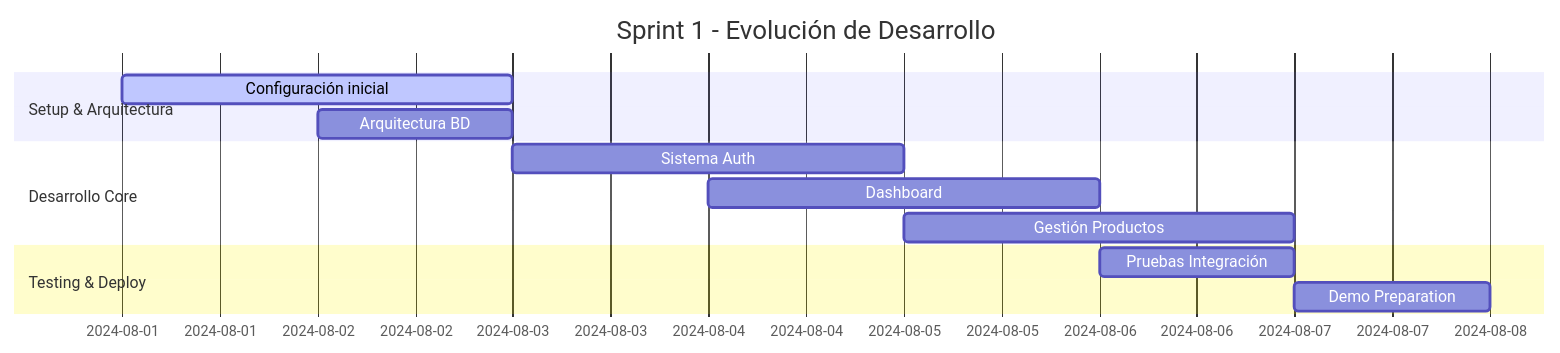
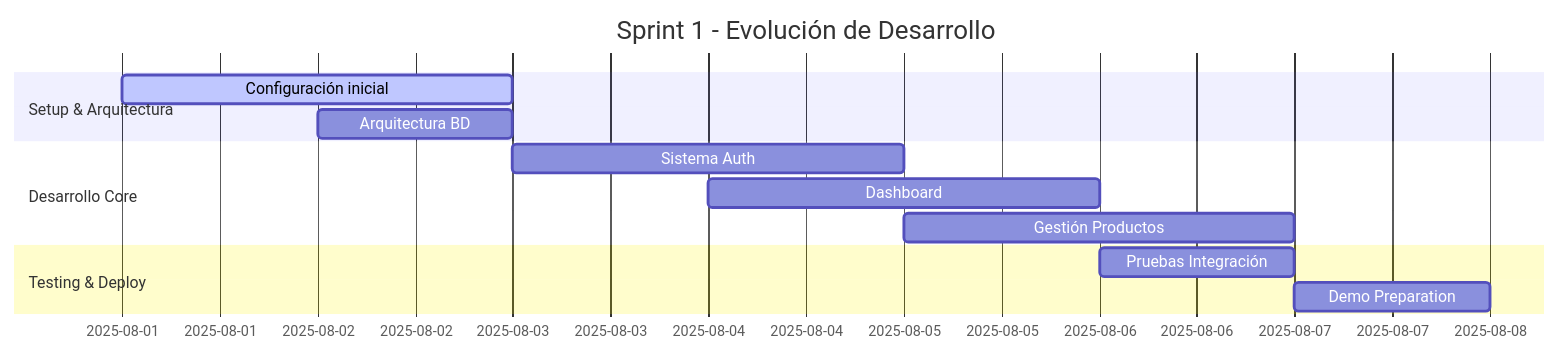
The diagram in README.md (Jhoel777ar/Portafolio_Marketplace-lpz), drawn with Mermaid before and after one commit.

````diff
--- a/README.md
+++ b/README.md
@@ -302,15 +302,15 @@
 ```mermaid
 gantt
     title Sprint 1 - Evolución de Desarrollo
     dateFormat  YYYY-MM-DD
     section Setup & Arquitectura
-    Configuración inicial    :active, setup, 2024-08-01, 2d
-    Arquitectura BD         :arch, 2024-08-02, 1d
+    Configuración inicial    :active, setup, 2025-08-01, 2d
+    Arquitectura BD         :arch, 2025-08-02, 1d
     section Desarrollo Core
-    Sistema Auth            :dev1, 2024-08-03, 2d
-    Dashboard              :dev2, 2024-08-04, 2d
-    Gestión Productos      :dev3, 2024-08-05, 2d
+    Sistema Auth            :dev1, 2025-08-03, 2d
+    Dashboard              :dev2, 2025-08-04, 2d
+    Gestión Productos      :dev3, 2025-08-05, 2d
     section Testing & Deploy
-    Pruebas Integración    :test, 2024-08-06, 1d
-    Demo Preparation       :demo, 2024-08-07, 1d
+    Pruebas Integración    :test, 2025-08-06, 1d
+    Demo Preparation       :demo, 2025-08-07, 1d
 ```
````
